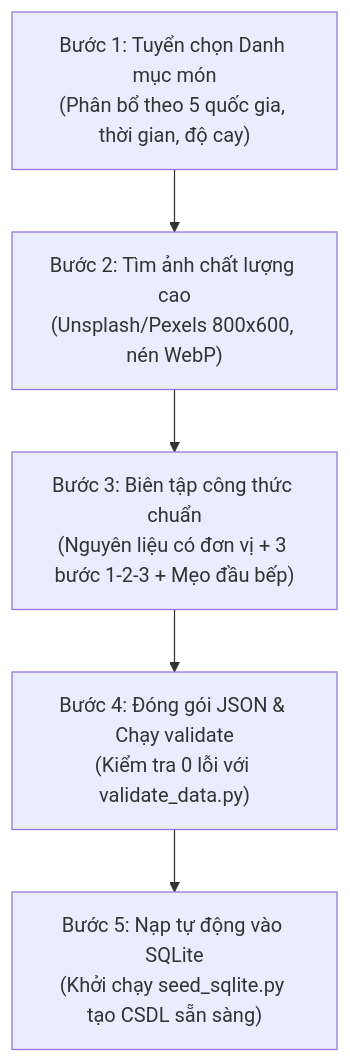
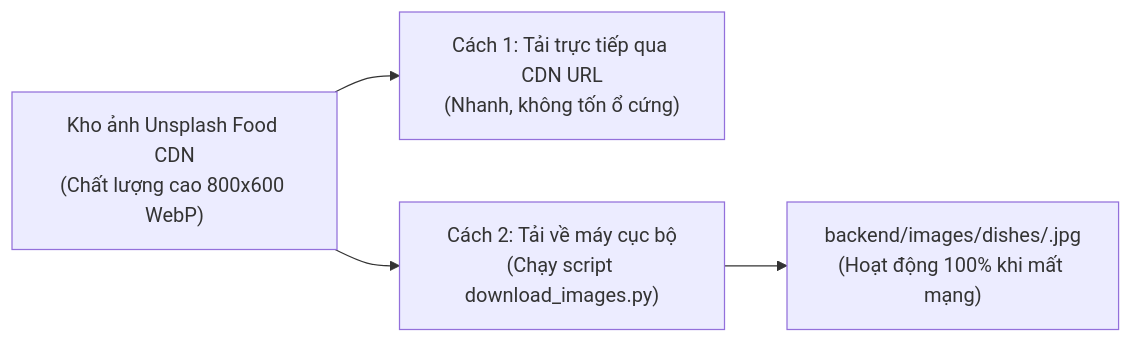
One commit to snowwminhduc1212/YumYumPick changed the diagram in docs/07_DATA_SCHEMA_AND_SEEDS.md. Above: the diagram before and after it, drawn with Mermaid. The commit also changed other lines of this file and 111 other files, not shown here.

````diff
--- a/docs/07_DATA_SCHEMA_AND_SEEDS.md
+++ b/docs/07_DATA_SCHEMA_AND_SEEDS.md
@@ -94,7 +94,6 @@
 ```mermaid
-flowchart TD
-    Step1["Bước 1: Tuyển chọn Danh mục món\n(Phân bổ theo 5 quốc gia, thời gian, độ cay)"] --> Step2["Bước 2: Tìm ảnh chất lượng cao\n(Unsplash/Pexels 800x600, nén WebP)"]
-    Step2 --> Step3["Bước 3: Biên tập công thức chuẩn\n(Nguyên liệu có đơn vị + 3 bước 1-2-3 + Mẹo đầu bếp)"]
-    Step3 --> Step4["Bước 4: Đóng gói JSON & Chạy validate\n(Kiểm tra 0 lỗi với validate_data.py)"]
-    Step4 --> Step5["Bước 5: Nạp tự động vào SQLite\n(Khởi chạy seed_sqlite.py tạo CSDL sẵn sàng)"]
+flowchart LR
+    Origin["Kho ảnh Unsplash Food CDN\n(Chất lượng cao 800x600 WebP)"] --> Online["Cách 1: Tải trực tiếp qua CDN URL\n(Nhanh, không tốn ổ cứng)"]
+    Origin --> Download["Cách 2: Tải về máy cục bộ\n(Chạy script download_images.py)"]
+    Download --> LocalDir["backend/images/dishes/<id>.jpg\n(Hoạt động 100% khi mất mạng)"]
 ```
````
